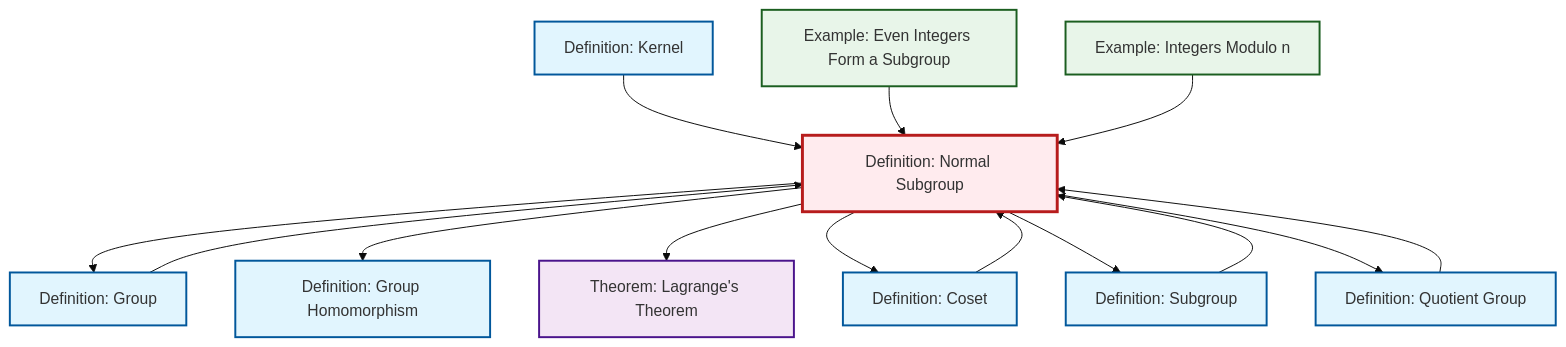
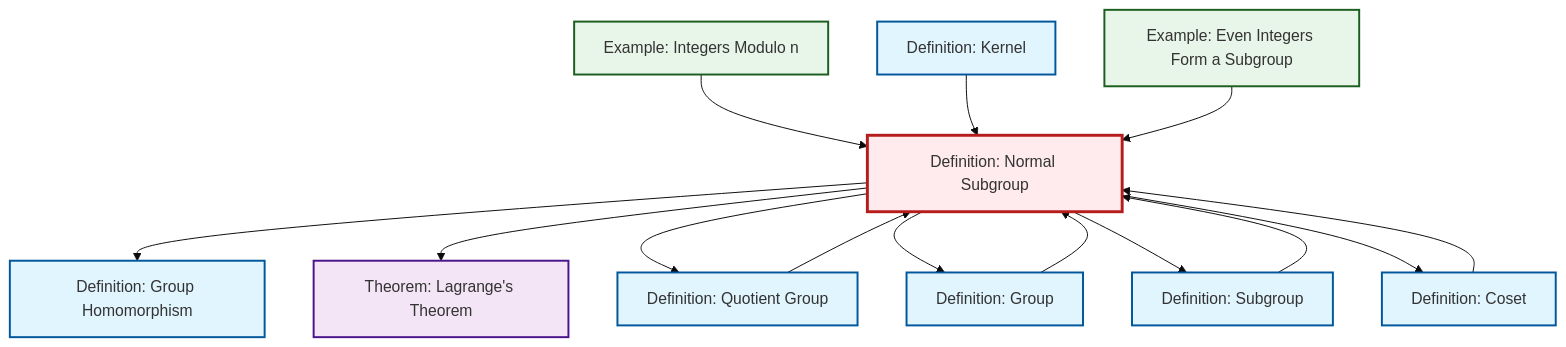
The diagram in content/ja/algebra/def-normal-subgroup.qmd (RK0429/ModernMath), drawn with Mermaid (base theme) before and after one commit. The commit also changed other lines of this file and 434 other files, not shown here.

````diff
--- a/content/ja/algebra/def-normal-subgroup.qmd
+++ b/content/ja/algebra/def-normal-subgroup.qmd
@@ -90,42 +90,42 @@
 ```{mermaid}
 %%| fig-cap: "Local dependency graph"
 graph TD
     classDef definition fill:#e1f5fe,stroke:#01579b,stroke-width:2px
     classDef theorem fill:#f3e5f5,stroke:#4a148c,stroke-width:2px
     classDef axiom fill:#fff3e0,stroke:#e65100,stroke-width:2px
     classDef example fill:#e8f5e9,stroke:#1b5e20,stroke-width:2px
     classDef current fill:#ffebee,stroke:#b71c1c,stroke-width:3px
+    ex-quotient-integers-mod-n["Example: Integers Modulo n"]:::example
+    def-coset["Definition: Coset"]:::definition
+    def-group["Definition: Group"]:::definition
+    def-homomorphism["Definition: Group Homomorphism"]:::definition
     def-kernel["Definition: Kernel"]:::definition
+    def-normal-subgroup["Definition: Normal Subgroup"]:::definition
+    def-quotient-group["Definition: Quotient Group"]:::definition
+    thm-lagrange["Theorem: Lagrange's Theorem"]:::theorem
     ex-even-integers-subgroup["Example: Even Integers Form a Subgroup"]:::example
-    def-coset["Definition: Coset"]:::definition
-    def-homomorphism["Definition: Group Homomorphism"]:::definition
-    def-normal-subgroup["Definition: Normal Subgroup"]:::definition
-    ex-quotient-integers-mod-n["Example: Integers Modulo n"]:::example
-    def-quotient-group["Definition: Quotient Group"]:::definition
     def-subgroup["Definition: Subgroup"]:::definition
-    def-group["Definition: Group"]:::definition
-    thm-lagrange["Theorem: Lagrange's Theorem"]:::theorem
-    def-quotient-group --> def-normal-subgroup
-    def-normal-subgroup --> def-group
     def-normal-subgroup --> def-homomorphism
     def-normal-subgroup --> thm-lagrange
+    ex-quotient-integers-mod-n --> def-normal-subgroup
     def-kernel --> def-normal-subgroup
+    def-subgroup --> def-normal-subgroup
+    def-quotient-group --> def-normal-subgroup
+    def-normal-subgroup --> def-quotient-group
+    def-normal-subgroup --> def-group
+    ex-even-integers-subgroup --> def-normal-subgroup
+    def-group --> def-normal-subgroup
+    def-normal-subgroup --> def-subgroup
+    def-normal-subgroup --> def-coset
     def-coset --> def-normal-subgroup
-    def-normal-subgroup --> def-coset
-    def-normal-subgroup --> def-subgroup
-    def-subgroup --> def-normal-subgroup
-    def-group --> def-normal-subgroup
-    ex-even-integers-subgroup --> def-normal-subgroup
-    ex-quotient-integers-mod-n --> def-normal-subgroup
-    def-normal-subgroup --> def-quotient-group
     class def-normal-subgroup current
+    click ex-quotient-integers-mod-n "ex-quotient-integers-mod-n.html" "Example: Integers Modulo nへ"
+    click def-coset "def-coset.html" "Definition: Cosetへ"
+    click def-group "def-group.html" "Definition: Groupへ"
+    click def-homomorphism "def-homomorphism.html" "Definition: Group Homomorphismへ"
     click def-kernel "def-kernel.html" "Definition: Kernelへ"
+    click def-quotient-group "def-quotient-group.html" "Definition: Quotient Groupへ"
+    click thm-lagrange "thm-lagrange.html" "Theorem: Lagrange's Theoremへ"
     click ex-even-integers-subgroup "ex-even-integers-subgroup.html" "Example: Even Integers Form a Subgroupへ"
-    click def-coset "def-coset.html" "Definition: Cosetへ"
-    click def-homomorphism "def-homomorphism.html" "Definition: Group Homomorphismへ"
-    click ex-quotient-integers-mod-n "ex-quotient-integers-mod-n.html" "Example: Integers Modulo nへ"
-    click def-quotient-group "def-quotient-group.html" "Definition: Quotient Groupへ"
     click def-subgroup "def-subgroup.html" "Definition: Subgroupへ"
-    click def-group "def-group.html" "Definition: Groupへ"
-    click thm-lagrange "thm-lagrange.html" "Theorem: Lagrange's Theoremへ"
 ```
````
